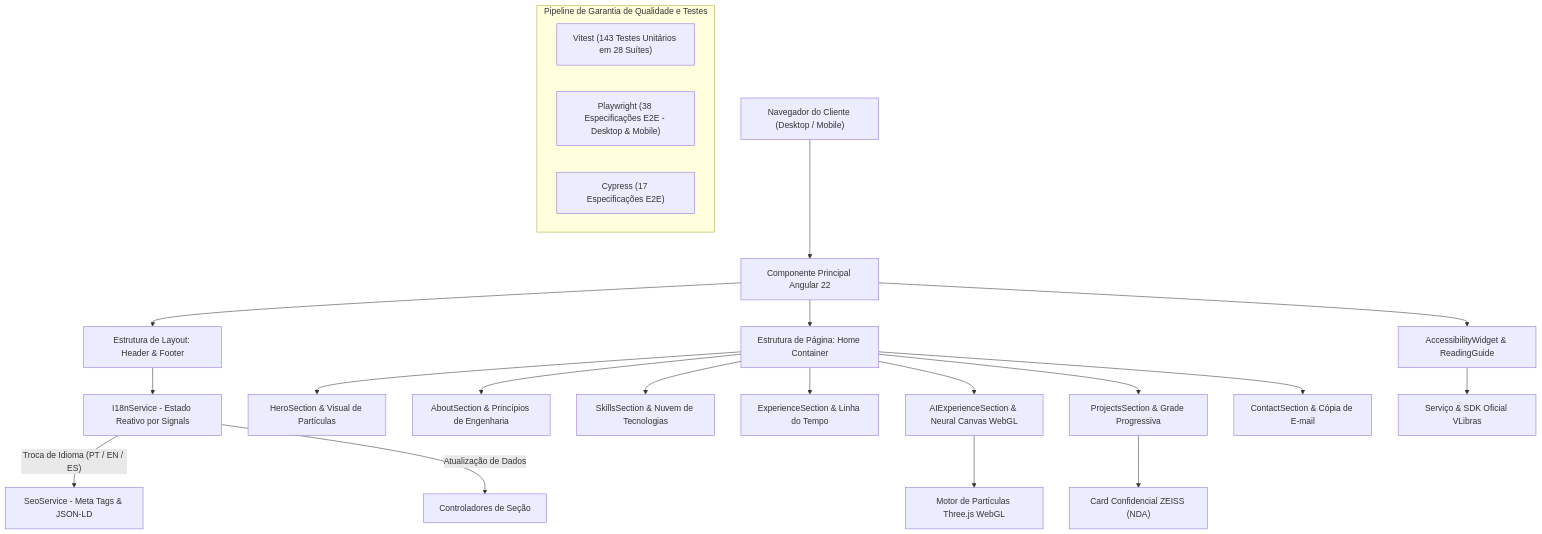
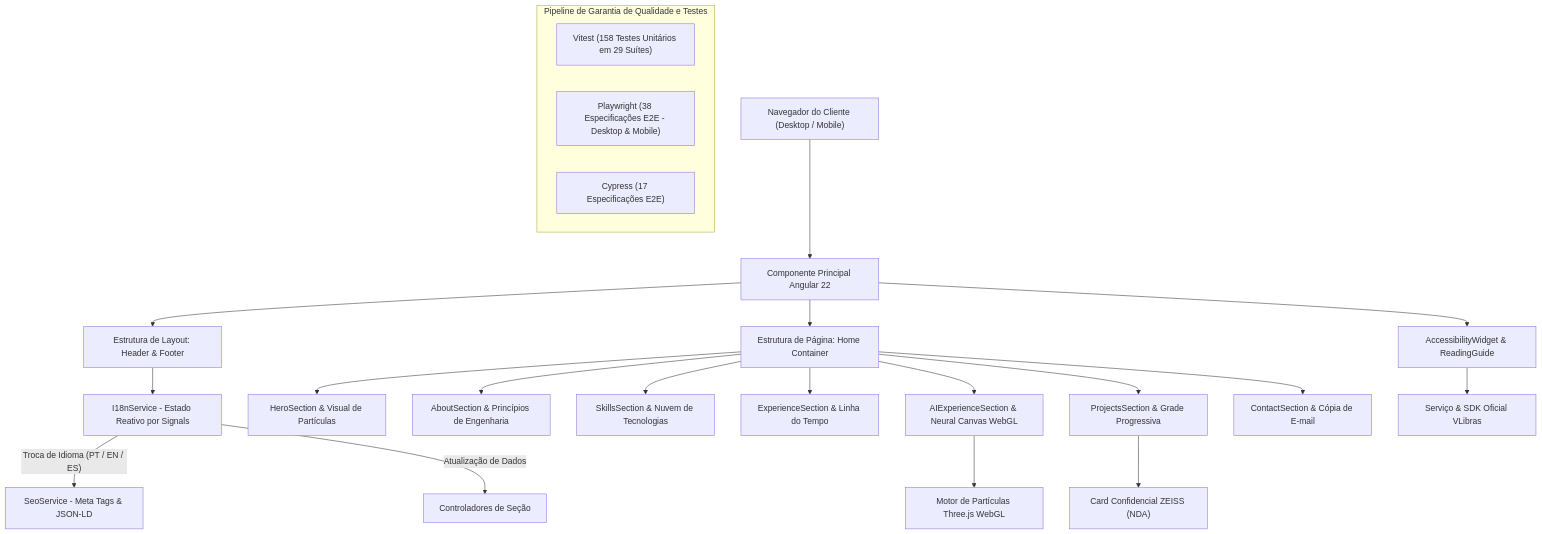
One commit to DevYuriVieira/portfolio changed the second of 2 diagrams in README.md. Above: the diagram before and after it, drawn with Mermaid. The commit also changed other lines of this file, not shown here.

Commit message:
docs: synchronize all test metrics and badges to 158 Vitest and 213 total tests

````diff
--- a/README.md
+++ b/README.md
@@ -535,30 +535,30 @@
 ```mermaid
 flowchart TD
     A["Navegador do Cliente (Desktop / Mobile)"] --> B["Componente Principal Angular 22"]
     
     B --> C["Estrutura de Layout: Header & Footer"]
     B --> D["Estrutura de Página: Home Container"]
     
     C --> E["I18nService - Estado Reativo por Signals"]
     E -- "Troca de Idioma (PT / EN / ES)" --> F["SeoService - Meta Tags & JSON-LD"]
     E -- "Atualização de Dados" --> G["Controladores de Seção"]
     
     D --> H1["HeroSection & Visual de Partículas"]
     D --> H2["AboutSection & Princípios de Engenharia"]
     D --> H3["SkillsSection & Nuvem de Tecnologias"]
     D --> H4["ExperienceSection & Linha do Tempo"]
     D --> H5["AIExperienceSection & Neural Canvas WebGL"]
     D --> H6["ProjectsSection & Grade Progressiva"]
     D --> H7["ContactSection & Cópia de E-mail"]
     
     H5 --> I["Motor de Partículas Three.js WebGL"]
     H6 --> J["Card Confidencial ZEISS (NDA)"]
     B --> A11y["AccessibilityWidget & ReadingGuide"]
     A11y --> VLibras["Serviço & SDK Oficial VLibras"]
     
     subgraph "Pipeline de Garantia de Qualidade e Testes"
-        K1["Vitest (143 Testes Unitários em 28 Suítes)"]
+        K1["Vitest (158 Testes Unitários em 29 Suítes)"]
         K2["Playwright (38 Especificações E2E - Desktop & Mobile)"]
         K3["Cypress (17 Especificações E2E)"]
     end
 ```
````
